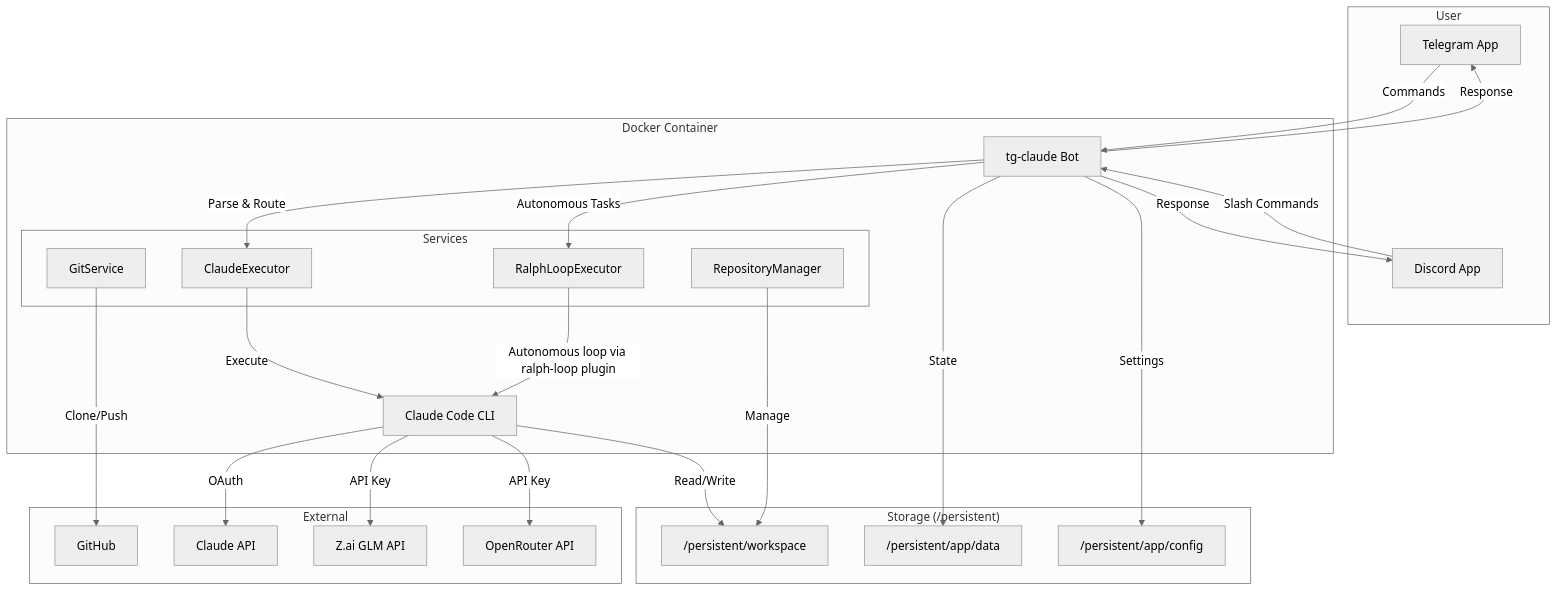
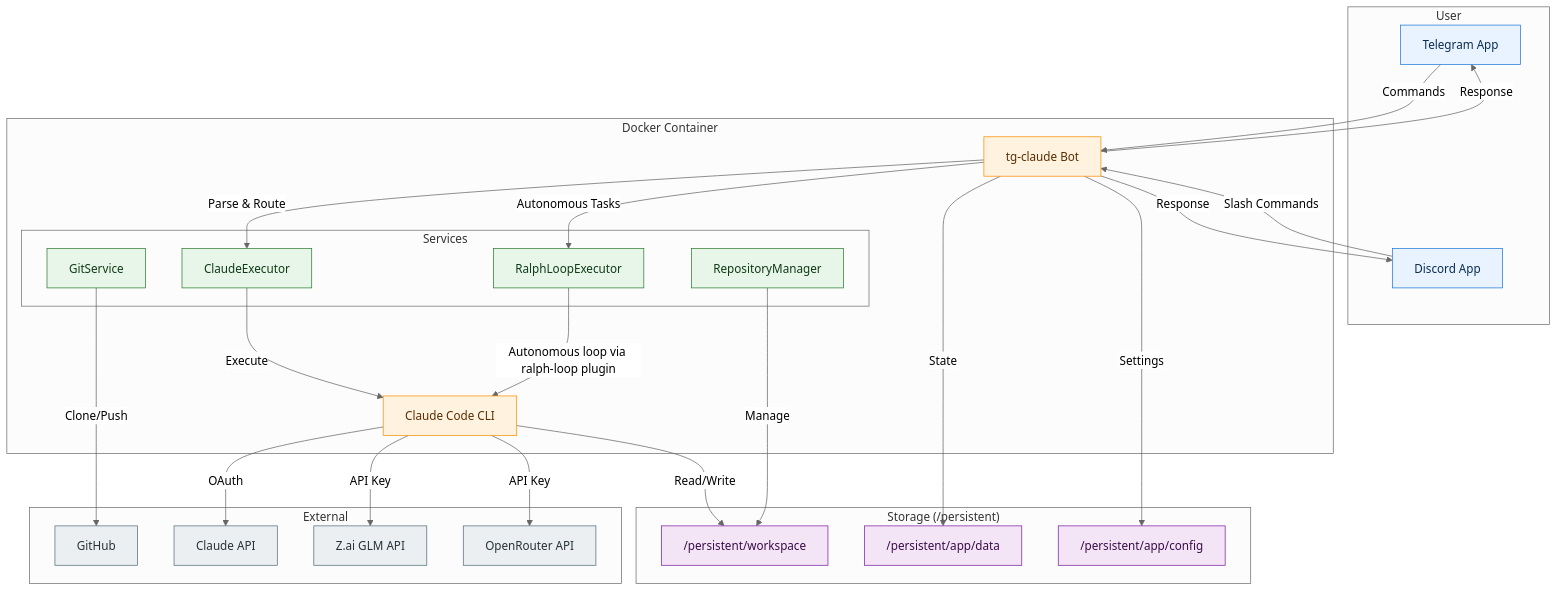
The diagram in README.md (guzus/tg-claude), drawn with Mermaid (neutral theme) before and after one commit.

Commit message:
docs: colorize mermaid diagram

````diff
--- a/README.md
+++ b/README.md
@@ -25,49 +25,61 @@
 ```mermaid
 flowchart TB
     subgraph User
         TG[Telegram App]
         DC[Discord App]
     end
 
     subgraph Docker Container
         Bot[tg-claude Bot]
         Claude[Claude Code CLI]
 
         subgraph Services
             Executor[ClaudeExecutor]
             Ralph[RalphLoopExecutor]
             Git[GitService]
             Repo[RepositoryManager]
         end
     end
 
     subgraph Storage["Storage (/persistent)"]
         Workspace["/persistent/workspace"]
         Data["/persistent/app/data"]
         Config["/persistent/app/config"]
     end
 
     subgraph External
         GitHub[GitHub]
         ClaudeAPI[Claude API]
         ZaiAPI[Z.ai GLM API]
         OpenRouter[OpenRouter API]
     end
 
     TG -->|Commands| Bot
     DC -->|Slash Commands| Bot
     Bot -->|Parse & Route| Executor
     Bot -->|Autonomous Tasks| Ralph
     Executor -->|Execute| Claude
     Ralph -->|Autonomous loop via ralph-loop plugin| Claude
     Claude -->|OAuth| ClaudeAPI
     Claude -->|API Key| ZaiAPI
     Claude -->|API Key| OpenRouter
     Claude -->|Read/Write| Workspace
     Git -->|Clone/Push| GitHub
     Repo -->|Manage| Workspace
     Bot -->|State| Data
     Bot -->|Settings| Config
     Bot -->|Response| TG
     Bot -->|Response| DC
+
+    classDef user fill:#E8F3FF,stroke:#1E78D6,stroke-width:1px,color:#0B2D52;
+    classDef bot fill:#FFF3E0,stroke:#FB8C00,stroke-width:1px,color:#5A2D00;
+    classDef services fill:#E8F5E9,stroke:#2E7D32,stroke-width:1px,color:#0F3B17;
+    classDef storage fill:#F3E5F5,stroke:#7B1FA2,stroke-width:1px,color:#3B0C4A;
+    classDef external fill:#ECEFF1,stroke:#546E7A,stroke-width:1px,color:#263238;
+
+    class TG,DC user;
+    class Bot,Claude bot;
+    class Executor,Ralph,Git,Repo services;
+    class Workspace,Data,Config storage;
+    class GitHub,ClaudeAPI,ZaiAPI,OpenRouter external;
 ```
````
